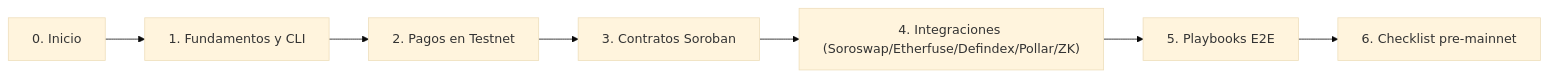
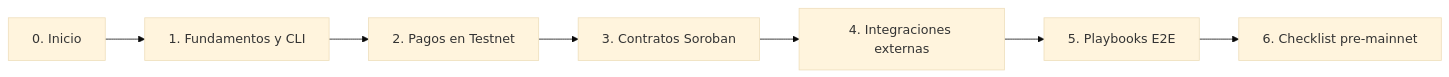
The first of 4 diagrams in README.md (CriptoUNAM-Team/Stellar-Guide), drawn with Mermaid (base theme) before and after one commit. The commit also changed other lines of this file, not shown here.

````diff
--- a/README.md
+++ b/README.md
@@ -7,9 +14,9 @@
 ```mermaid
 flowchart LR
   start["0. Inicio"] --> docs["1. Fundamentos y CLI"]
   docs --> payments["2. Pagos en Testnet"]
   payments --> contracts["3. Contratos Soroban"]
-  contracts --> integrations["4. Integraciones (Soroswap/Etherfuse/Defindex/Pollar/ZK)"]
+  contracts --> integrations["4. Integraciones externas"]
   integrations --> playbooks["5. Playbooks E2E"]
   playbooks --> release["6. Checklist pre-mainnet"]
 ```
````
